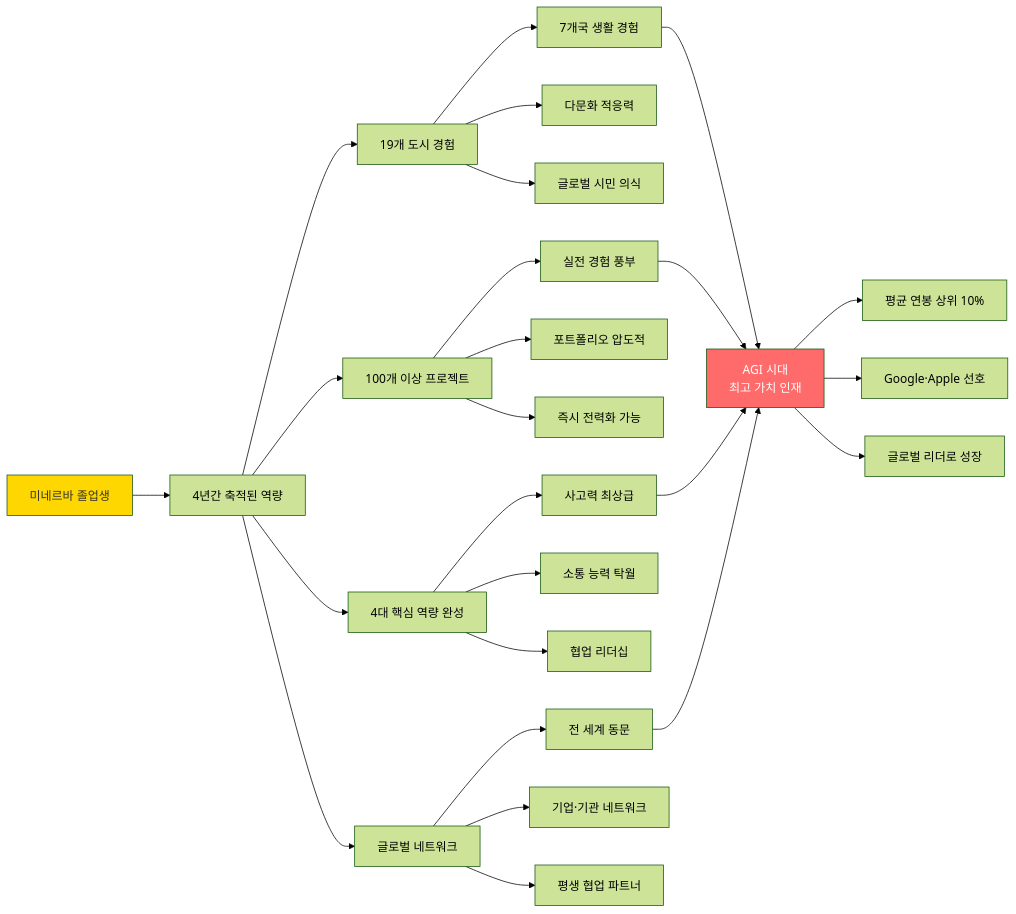
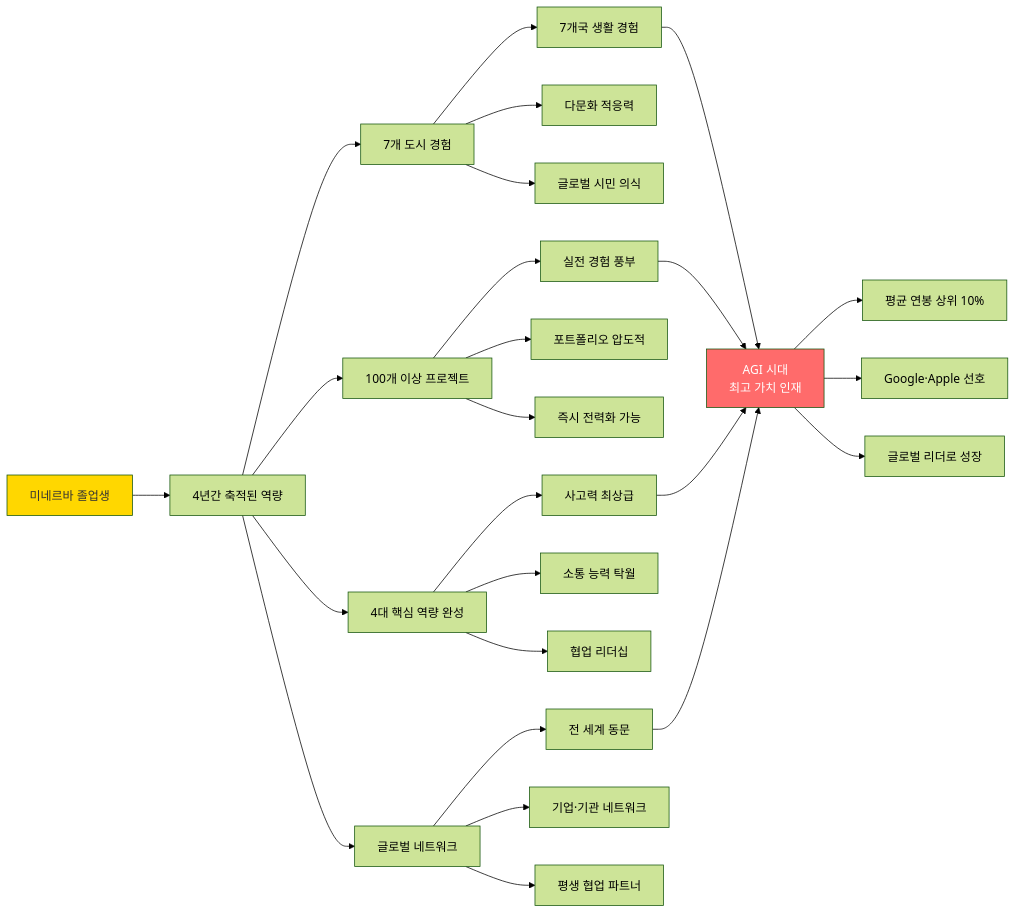
Diagram 39 of 51 in 2단계_유아초등교육커리큘럼.md (Collegenie-X/froebel), drawn with Mermaid (forest theme) before and after one commit. The commit also changed other lines of this file and 5 other files, not shown here.

````diff
--- a/2단계_유아초등교육커리큘럼.md
+++ b/2단계_유아초등교육커리큘럼.md
@@ -1755,37 +1739,37 @@
 ```mermaid
 graph LR
     A[미네르바 졸업생] --> B[4년간 축적된 역량]
     
-    B --> C[19개 도시 경험]
+    B --> C[7개 도시 경험]
     B --> D[100개 이상 프로젝트]
     B --> E[4대 핵심 역량 완성]
     B --> F[글로벌 네트워크]
     
     C --> C1[7개국 생활 경험]
     C --> C2[다문화 적응력]
     C --> C3[글로벌 시민 의식]
     
     D --> D1[실전 경험 풍부]
     D --> D2[포트폴리오 압도적]
     D --> D3[즉시 전력화 가능]
     
     E --> E1[사고력 최상급]
     E --> E2[소통 능력 탁월]
     E --> E3[협업 리더십]
     
     F --> F1[전 세계 동문]
     F --> F2[기업·기관 네트워크]
     F --> F3[평생 협업 파트너]
     
     C1 --> G[AGI 시대<br/>최고 가치 인재]
     D1 --> G
     E1 --> G
     F1 --> G
     
     G --> H1[평균 연봉 상위 10%]
     G --> H2[Google·Apple 선호]
     G --> H3[글로벌 리더로 성장]
     
     style A fill:#FFD700,color:#333
     style G fill:#FF6B6B,color:#fff
 ```
````
